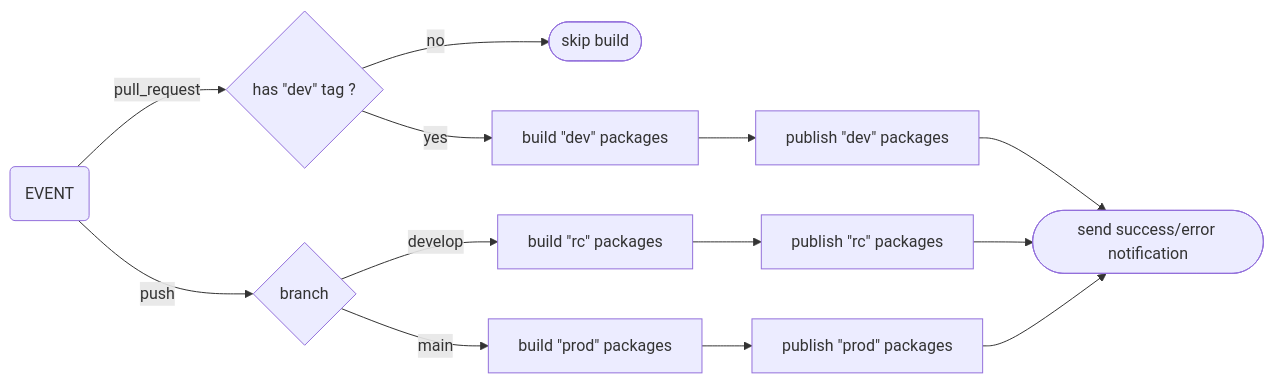
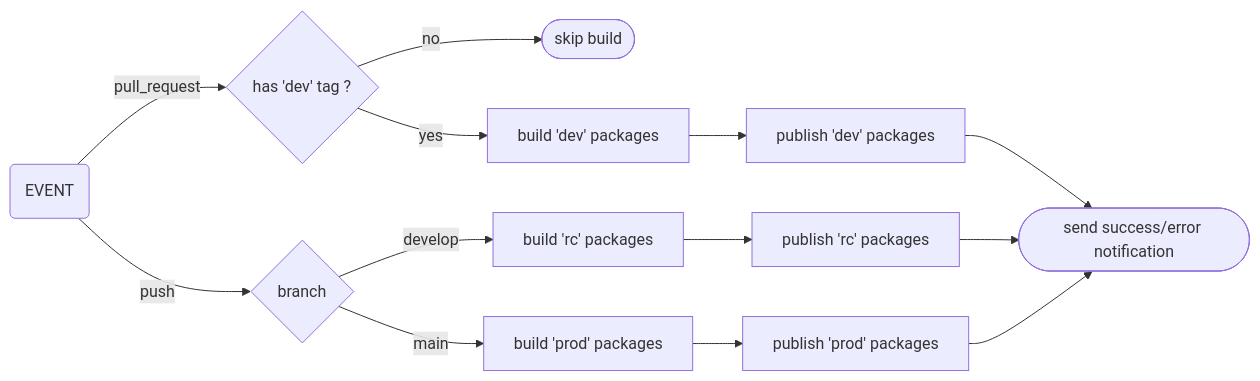
Before and after one commit to Infomaniak/design-system: the diagram in scripts/ci/README.md, drawn with Mermaid.

Commit message:
docs(ci): fix broken mermaid diagram in README

````diff
--- a/scripts/ci/README.md
+++ b/scripts/ci/README.md
@@ -39,30 +39,30 @@
 ```mermaid
 flowchart LR
   EVENT("EVENT")
-  HAS_DEV_TAG{"has &quotdev&quot tag ?"}
+  HAS_DEV_TAG{"has 'dev' tag ?"}
   SKIP_BUILD(["skip build"])
   SEND_NOTIFICATION(["send success/error notification"])
-  BUILD_DEV_PACKAGES["build &quotdev&quot packages"]
-  PUBLISH_DEV_PACKAGES["publish &quotdev&quot packages"]
-  BUILD_RC_PACKAGES["build &quotrc&quot packages"]
-  PUBLISH_RC_PACKAGES["publish &quotrc&quot packages"]
-  BUILD_PROD_PACKAGES["build &quotprod&quot packages"]
-  PUBLISH_PROD_PACKAGES["publish &quotprod&quot packages"]
+  BUILD_DEV_PACKAGES["build 'dev' packages"]
+  PUBLISH_DEV_PACKAGES["publish 'dev' packages"]
+  BUILD_RC_PACKAGES["build 'rc' packages"]
+  PUBLISH_RC_PACKAGES["publish 'rc' packages"]
+  BUILD_PROD_PACKAGES["build 'prod' packages"]
+  PUBLISH_PROD_PACKAGES["publish 'prod' packages"]
   TARGET_BRANCH{"branch"}
 
   EVENT -- "pull_request" --> HAS_DEV_TAG
   HAS_DEV_TAG -- "no" --> SKIP_BUILD
   HAS_DEV_TAG -- "yes" --> BUILD_DEV_PACKAGES
   BUILD_DEV_PACKAGES --> PUBLISH_DEV_PACKAGES
   PUBLISH_DEV_PACKAGES --> SEND_NOTIFICATION
 
   EVENT -- "push" --> TARGET_BRANCH
 
   TARGET_BRANCH -- "develop" --> BUILD_RC_PACKAGES
   BUILD_RC_PACKAGES --> PUBLISH_RC_PACKAGES
   PUBLISH_RC_PACKAGES --> SEND_NOTIFICATION
 
   TARGET_BRANCH -- "main" --> BUILD_PROD_PACKAGES
   BUILD_PROD_PACKAGES --> PUBLISH_PROD_PACKAGES
   PUBLISH_PROD_PACKAGES --> SEND_NOTIFICATION
 ```
````
